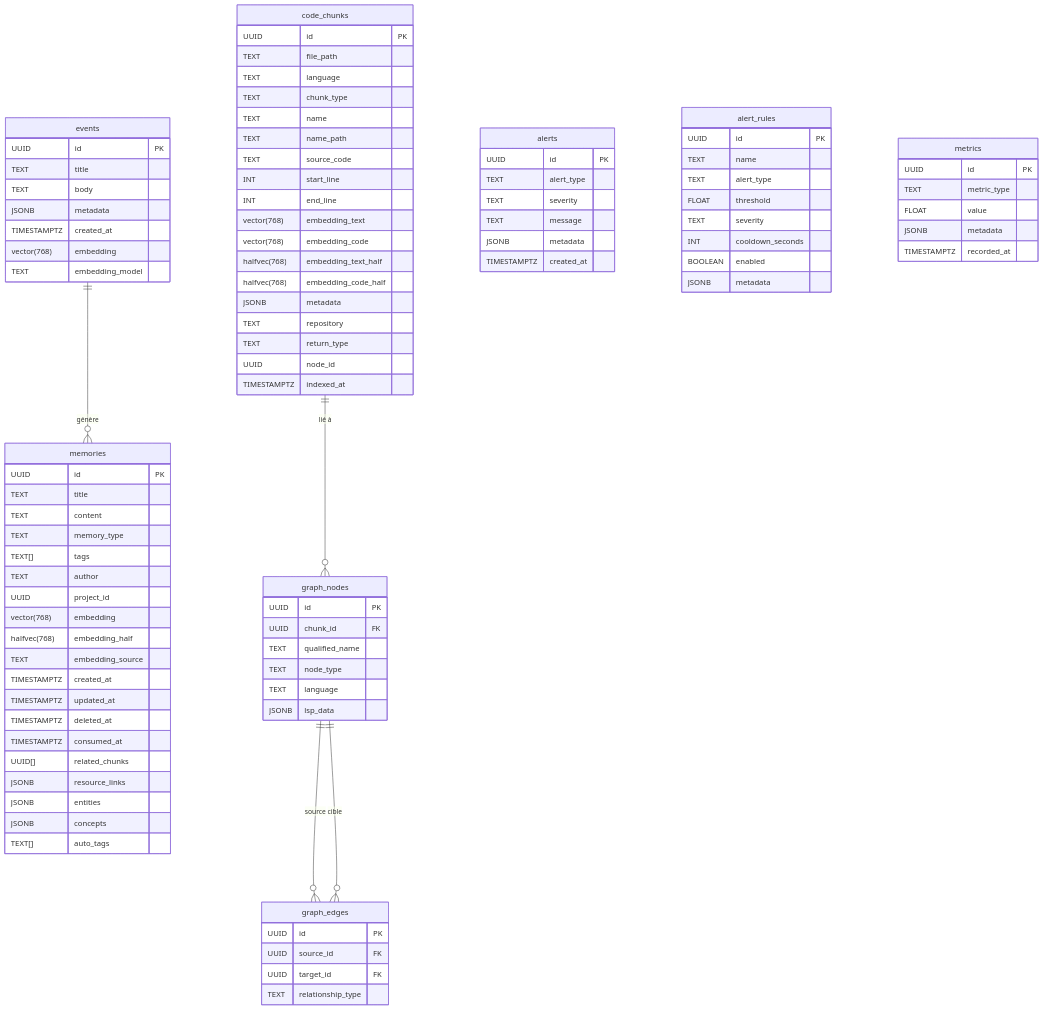
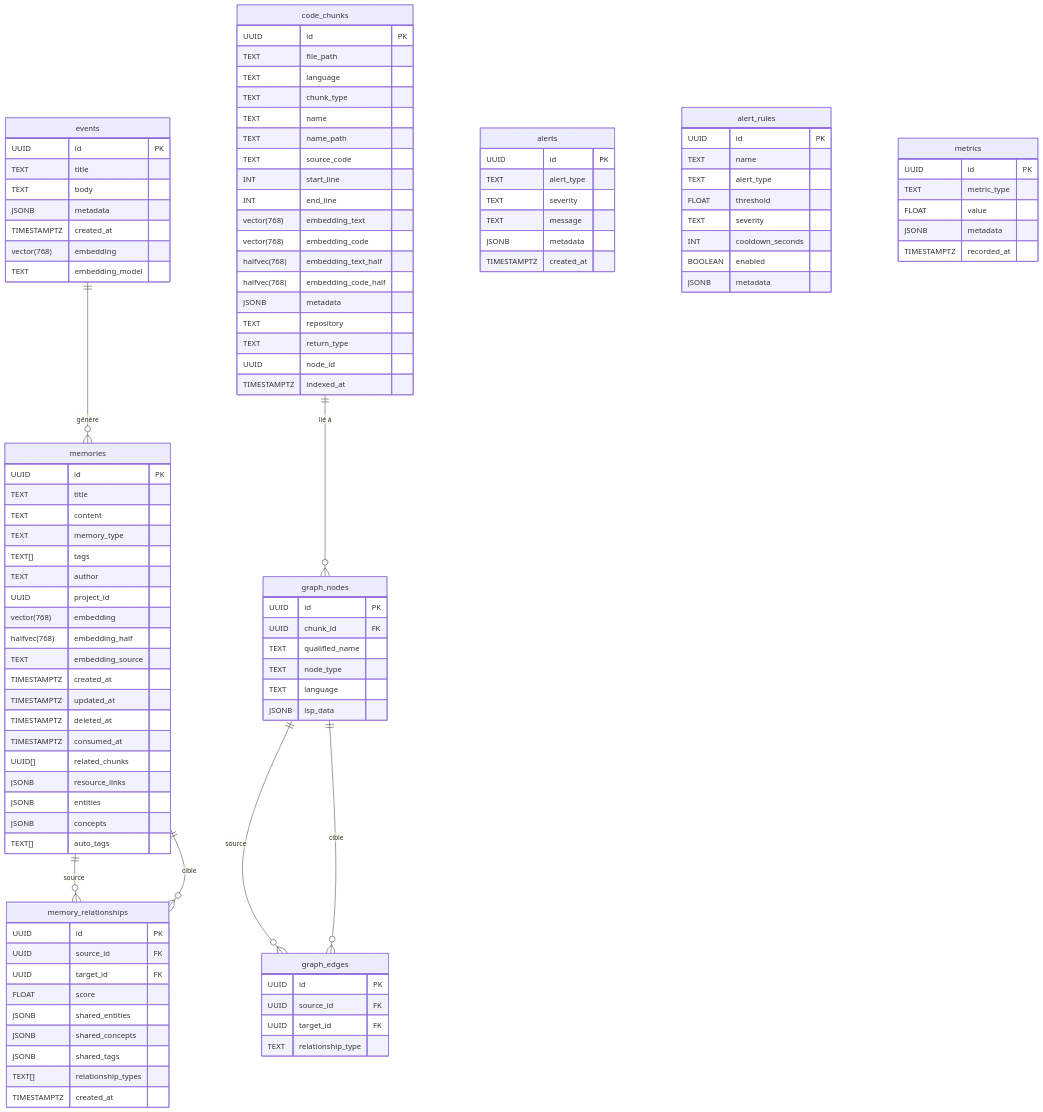
The seventh of 11 diagrams in docs/ARCHITECTURE.md (giak/mnemo-lite), drawn with Mermaid before and after one commit. The commit also changed other lines of this file, not shown here.

First line of the commit message:
docs: update ARCHITECTURE.md with EPIC-29 memory relationship graph

````diff
--- a/docs/ARCHITECTURE.md
+++ b/docs/ARCHITECTURE.md
@@ -380,4 +380,18 @@
     code_chunks ||--o{ graph_nodes : "lié à"
     graph_nodes ||--o{ graph_edges : "source"
     graph_nodes ||--o{ graph_edges : "cible"
+    memories ||--o{ memory_relationships : "source"
+    memories ||--o{ memory_relationships : "cible"
+
+    memory_relationships {
+        UUID id PK
+        UUID source_id FK
+        UUID target_id FK
+        FLOAT score
+        JSONB shared_entities
+        JSONB shared_concepts
+        JSONB shared_tags
+        TEXT[] relationship_types
+        TIMESTAMPTZ created_at
+    }
 ```
````
